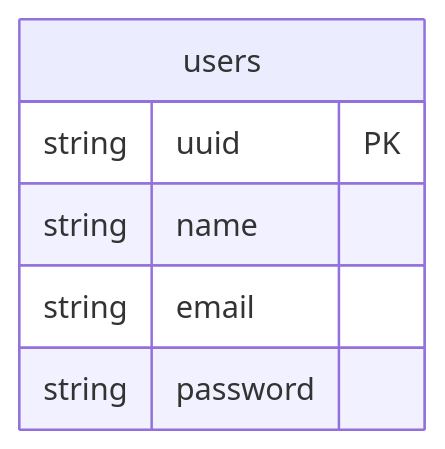
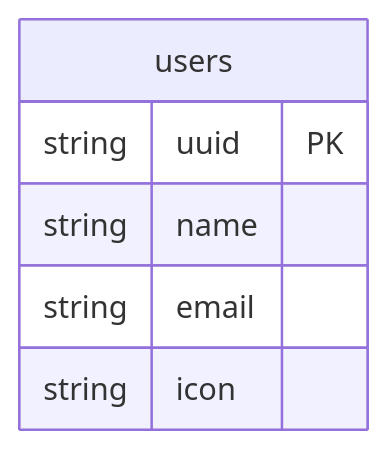
Before and after one commit to ShotaTanemura/ft_transcendence: the diagram in doc/er/pong_tables.md, drawn with Mermaid.

Commit message:
Update erDiagram by adding a new column

````diff
--- a/doc/er/pong_tables.md
+++ b/doc/er/pong_tables.md
@@ -3,10 +3,10 @@
 ```mermaid
 erDiagram
 
 users {
     string uuid PK
     string name
     string email
-    string password
+    string icon
 }
 ```
````
